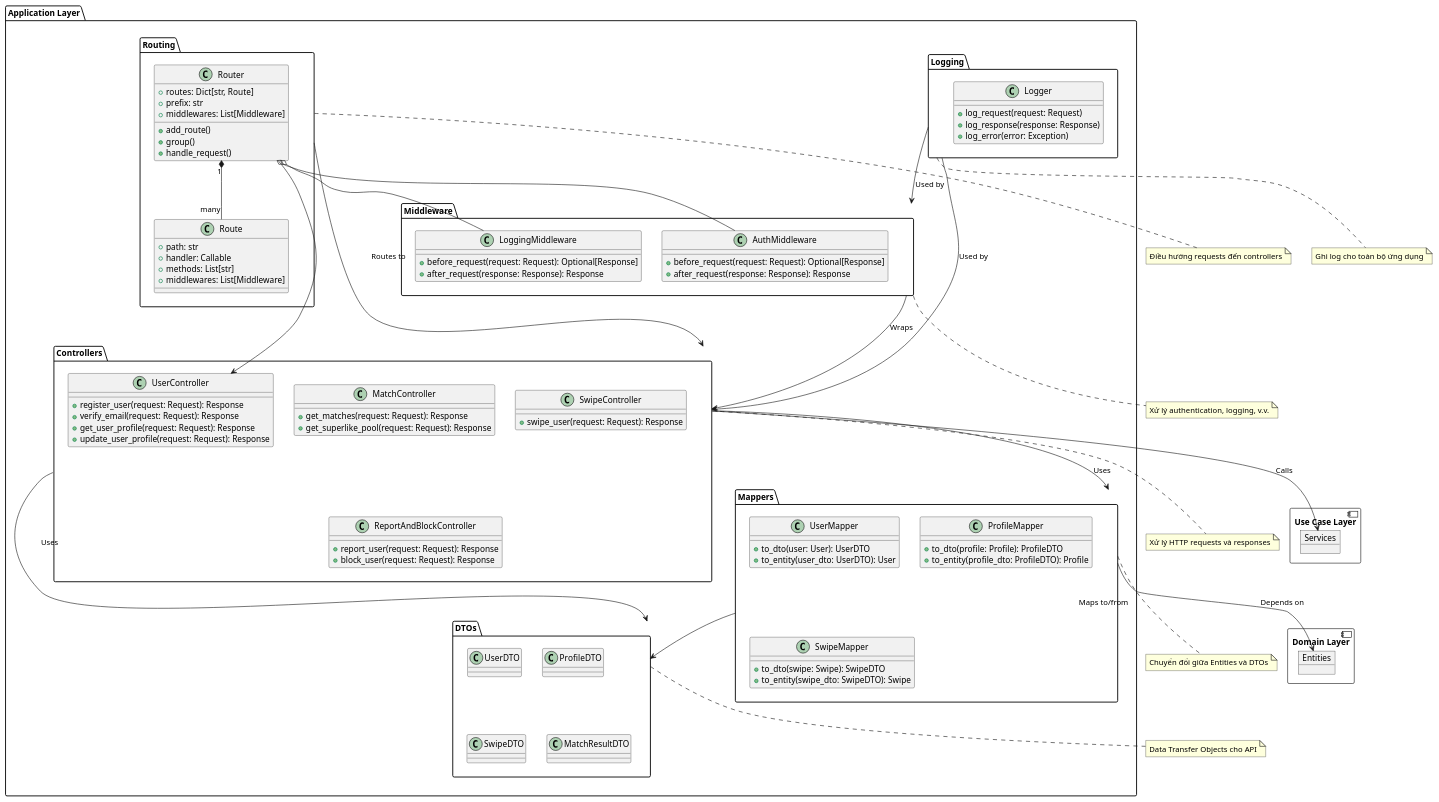
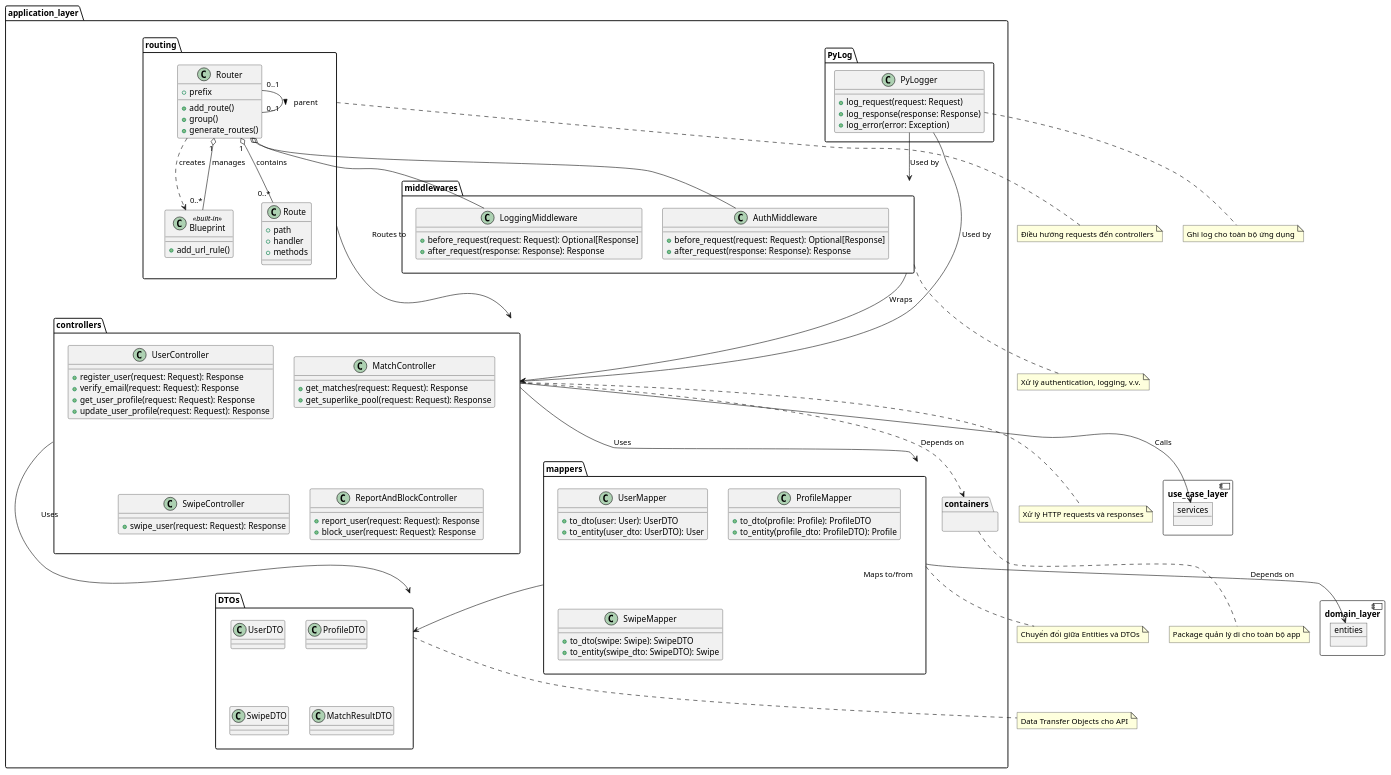
The fifth of 5 diagrams in docs/Dating_App_Package_diagram.puml (tammysensitive2312/Tinder-Dating-App-_IT4409), drawn with PlantUML before and after one commit. The commit also changed other lines of this file and 20 other files, not shown here.

```diff
--- a/docs/Dating_App_Package_diagram.puml
+++ b/docs/Dating_App_Package_diagram.puml
@@ -327,150 +354,162 @@
 @startuml application_layer
 
 ' Định nghĩa package chính cho Application Layer
-package "Application Layer" {
+package application_layer {
 
     ' Package Controllers
-    package "Controllers" {
+    package controllers {
         class UserController {
             + register_user(request: Request): Response
             + verify_email(request: Request): Response
             + get_user_profile(request: Request): Response
             + update_user_profile(request: Request): Response
         }
 
         class MatchController {
             + get_matches(request: Request): Response
             + get_superlike_pool(request: Request): Response
         }
 
         class SwipeController {
             + swipe_user(request: Request): Response
         }
 
         class ReportAndBlockController {
             + report_user(request: Request): Response
             + block_user(request: Request): Response
         }
     }
 
     ' Package Middleware
-    package "Middleware" {
+    package middlewares {
         class AuthMiddleware {
             + before_request(request: Request): Optional[Response]
             + after_request(response: Response): Response
         }
 
         class LoggingMiddleware {
             + before_request(request: Request): Optional[Response]
             + after_request(response: Response): Response
         }
     }
 
     ' Package Logging
-    package "Logging" {
-        class Logger {
+    package PyLog {
+        class PyLogger {
             + log_request(request: Request)
             + log_response(response: Response)
             + log_error(error: Exception)
         }
     }
 
     ' Package Routing
-    package "Routing" {
-    class Router {
-        +routes: Dict[str, Route]
-        +prefix: str
-        +middlewares: List[Middleware]
-        +add_route()
-        +group()
-        +handle_request()
+    package routing {
+    class Route {
+        + path
+        + handler
+        + methods
     }
 
-    class Route {
-        +path: str
-        +handler: Callable
-        +methods: List[str]
-        +middlewares: List[Middleware]
+    class Router {
+        + prefix
+        + add_route()
+        + group()
+        + generate_routes()
     }
 
-    Router "1" *-- "many" Route
+    class Blueprint <<built-in>> {
+        + add_url_rule()
+    }
+
+    Router "1" o-- "0..*" Route : contains
+    Router "0..1" -- "0..1" Router : parent >
+    Router "1" o-- "0..*" Blueprint : manages
+    Router ..> Blueprint : creates
+
     Router o-- AuthMiddleware
     Router o-- LoggingMiddleware
-    Router --> UserController
     }
 
     ' Package Mappers
-    package "Mappers" {
+    package mappers {
         class UserMapper {
             + to_dto(user: User): UserDTO
             + to_entity(user_dto: UserDTO): User
         }
 
         class ProfileMapper {
             + to_dto(profile: Profile): ProfileDTO
             + to_entity(profile_dto: ProfileDTO): Profile
         }
 
         class SwipeMapper {
             + to_dto(swipe: Swipe): SwipeDTO
             + to_entity(swipe_dto: SwipeDTO): Swipe
         }
     }
 
     ' Package DTOs
     package "DTOs" {
         class UserDTO
         class ProfileDTO
         class SwipeDTO
         class MatchResultDTO
     }
+
+    package containers {
+    }
 }
 
 ' Định nghĩa các mối quan hệ giữa các package trong Application Layer
-Controllers --> Mappers : "Uses"
-Controllers --> DTOs : "Uses"
-Mappers --> DTOs : "Maps to/from"
-Middleware --> Controllers : "Wraps"
-Routing --> Controllers : "Routes to"
-Logging --> Middleware : "Used by"
-Logging --> Controllers : "Used by"
+controllers --> mappers : "Uses"
+controllers --> DTOs : "Uses"
+mappers --> DTOs : "Maps to/from"
+middlewares --> controllers : "Wraps"
+routing --> controllers : "Routes to"
+PyLogger --> middlewares : "Used by"
+PyLogger --> controllers : "Used by"
+controllers ..> containers : "Depends on"
 
 ' Định nghĩa các thành phần bên ngoài (external dependencies)
-component "Domain Layer" {
-    object Entities
+component domain_layer {
+    object entities
 }
 
-component "Use Case Layer" {
-    object Services
+component use_case_layer {
+    object services
 }
 
 ' Mối quan hệ với các layer khác
-Controllers --> Services : "Calls"
-Mappers --> Entities : "Depends on"
+controllers --> services : "Calls"
+mappers --> entities : "Depends on"
 
 ' Ghi chú để giải thích chức năng của từng package
-note bottom of Controllers
+note bottom of controllers
     Xử lý HTTP requests và responses
 end note
 
-note bottom of Middleware
+note bottom of middlewares
     Xử lý authentication, logging, v.v.
 end note
 
-note bottom of Logging
+note bottom of PyLogger
     Ghi log cho toàn bộ ứng dụng
 end note
 
-note bottom of Routing
+note bottom of routing
     Điều hướng requests đến controllers
 end note
 
-note bottom of Mappers
+note bottom of mappers
     Chuyển đổi giữa Entities và DTOs
 end note
 
 note bottom of DTOs
     Data Transfer Objects cho API
 end note
 
+note bottom of containers
+    Package quản lý di cho toàn bộ app
+end note
+
 @enduml
```
